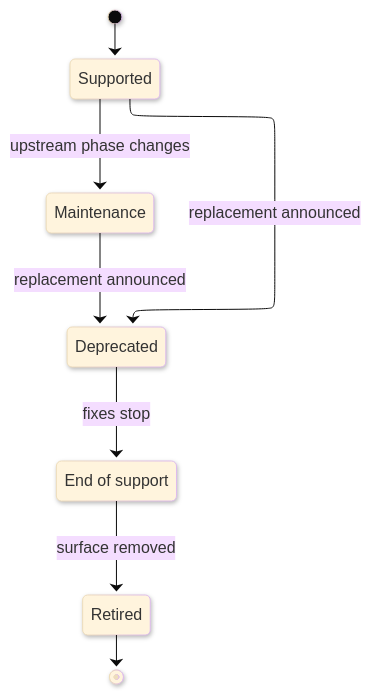
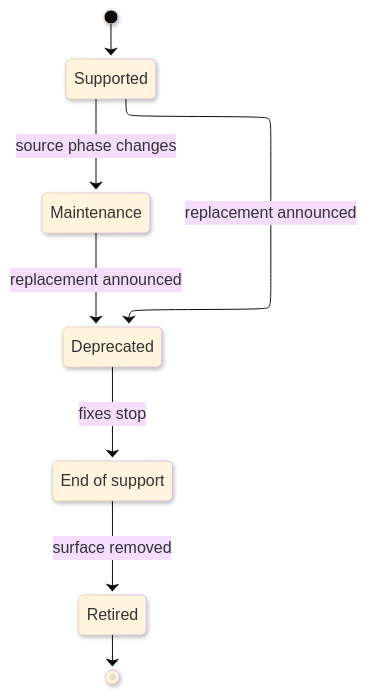
One commit to bsamiee/Rasm changed the diagram in docs/standards/reference/support-matrix.md. Above: the diagram before and after it, drawn with Mermaid. The commit also changed other lines of this file and 70 other files, not shown here.

````diff
--- a/docs/standards/reference/support-matrix.md
+++ b/docs/standards/reference/support-matrix.md
@@ -190,23 +193,23 @@
 ```mermaid
 ---
 config:
   layout: elk
   look: neo
   theme: base
   elk:
     mergeEdges: false
     nodePlacementStrategy: BRANDES_KOEPF
     cycleBreakingStrategy: GREEDY_MODEL_ORDER
 ---
 stateDiagram-v2
     accTitle: Support lifecycle transition
     accDescr: A surface moves from supported to maintenance or directly to deprecation, then end of support and retirement; migration guidance is recorded beside deprecated surfaces.
     [*] --> Supported
-    Supported --> Maintenance: upstream phase changes
+    Supported --> Maintenance: source phase changes
     Supported --> Deprecated: replacement announced
     Maintenance --> Deprecated: replacement announced
     state "End of support" as EndOfSupport
     Deprecated --> EndOfSupport: fixes stop
     EndOfSupport --> Retired: surface removed
     Retired --> [*]
 ```
````
